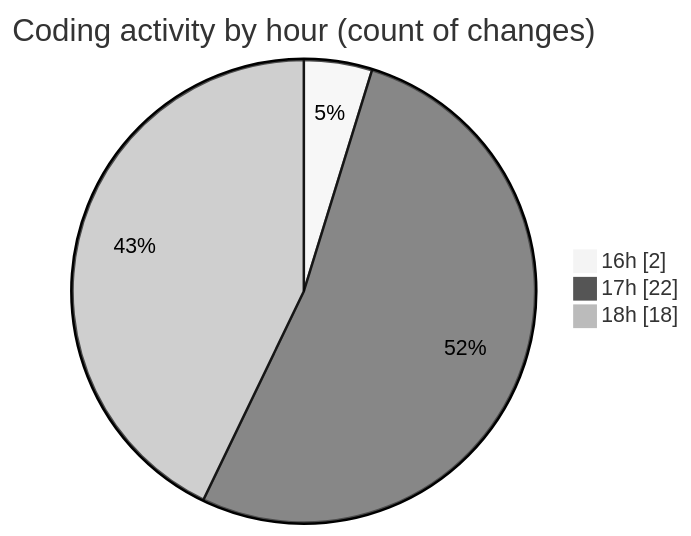
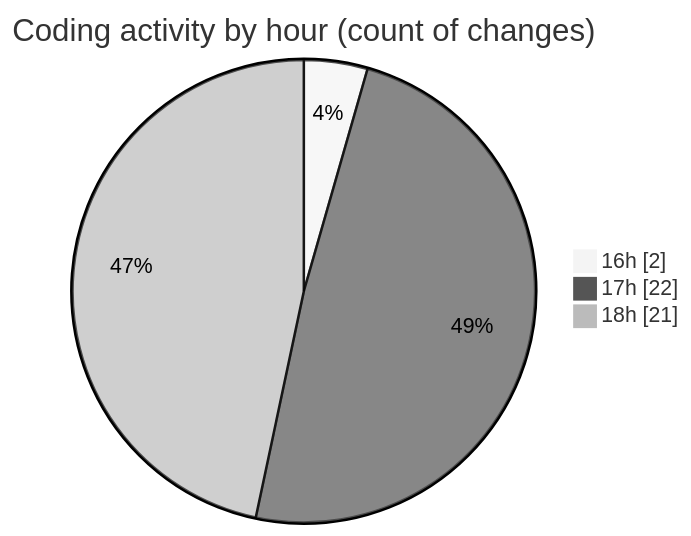
One commit to Elitesun/code-tracking changed the second of 2 diagrams in 2025-01-24/react/README.md. Above: the diagram before and after it, drawn with Mermaid (neutral theme). The commit also changed other lines of this file and 1 other file, not shown here.

````diff
--- a/2025-01-24/react/README.md
+++ b/2025-01-24/react/README.md
@@ -36,7 +36,7 @@
 ```mermaid
 pie showData
 title Coding activity by hour (count of changes)
 "16h" : 2
 "17h" : 22
-"18h" : 18
+"18h" : 21
 ```
````
